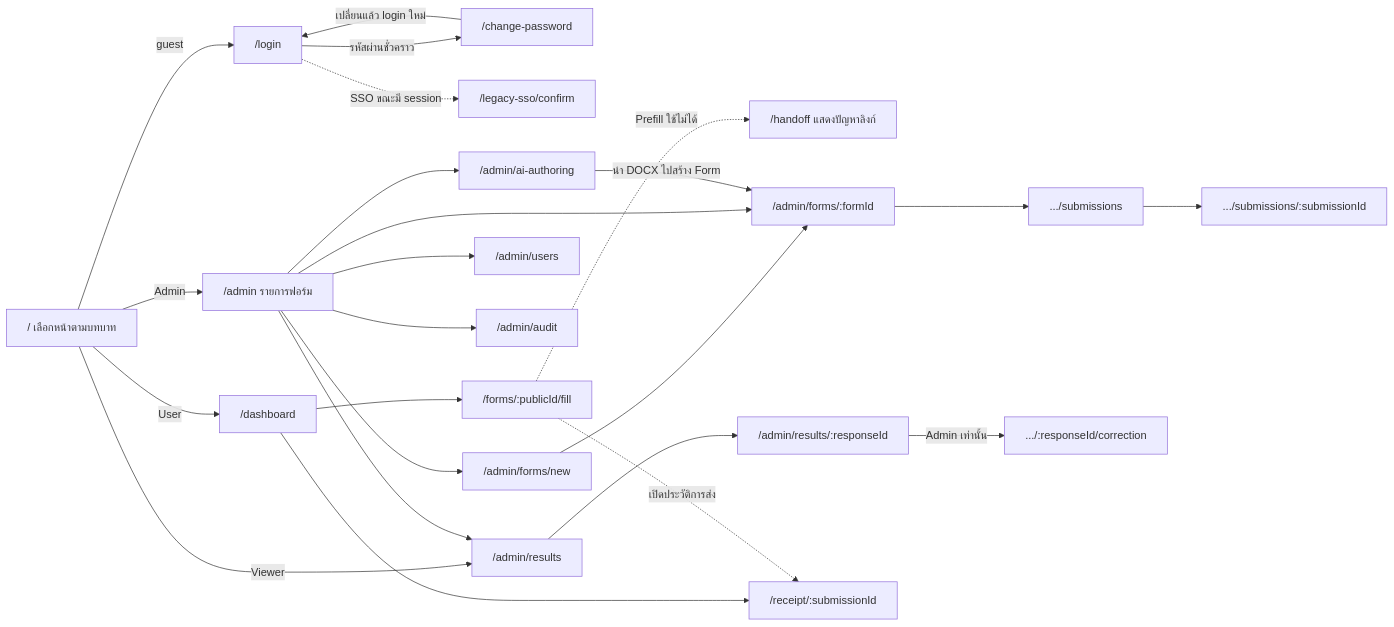
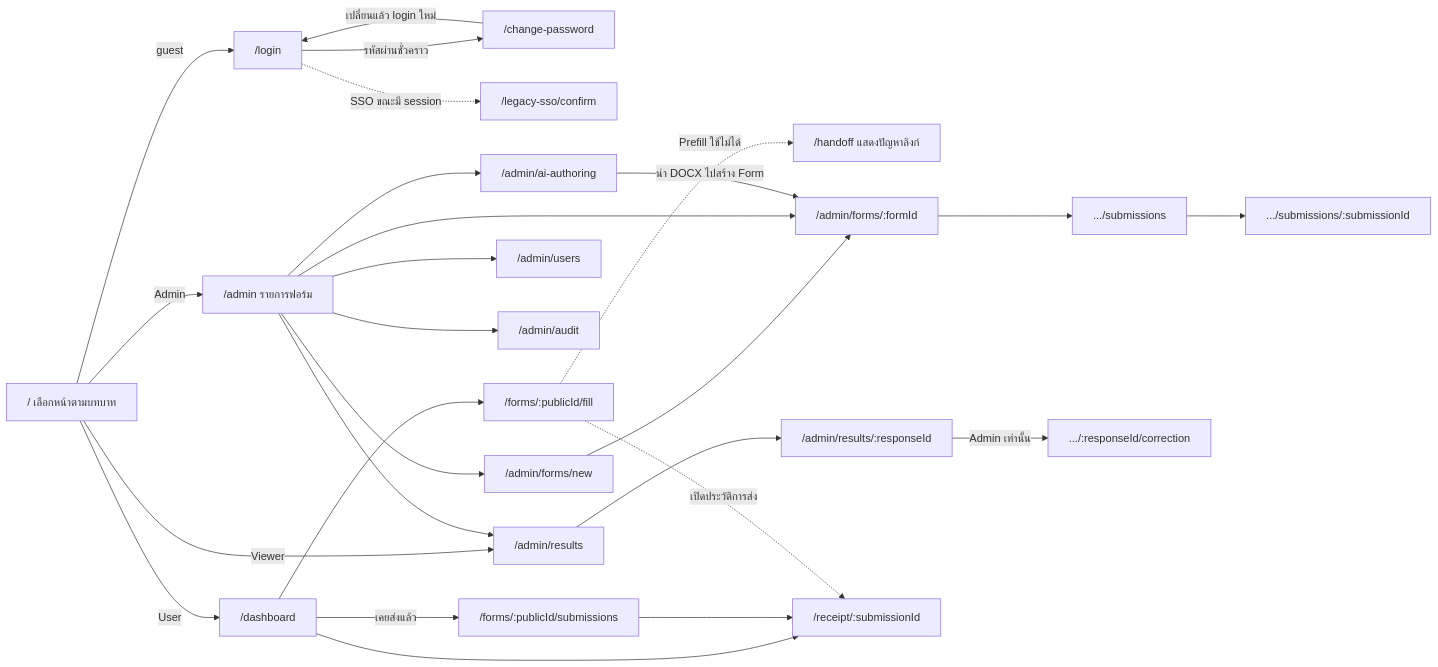
The second of 23 diagrams in .scratch/system-workflow/system-map.md (AquilaStudio2/folio-forms), drawn with Mermaid before and after one commit. The commit also changed other lines of this file and 27 other files, not shown here.

````diff
--- a/.scratch/system-workflow/system-map.md
+++ b/.scratch/system-workflow/system-map.md
@@ -84,40 +88,42 @@
 ```mermaid
 flowchart LR
     root["/ เลือกหน้าตามบทบาท"]
     login["/login"]
     password["/change-password"]
     sso["/legacy-sso/confirm"]
     handoff["/handoff แสดงปัญหาลิงก์"]
     admin["/admin รายการฟอร์ม"]
     newForm["/admin/forms/new"]
     form["/admin/forms/:formId"]
     submissions[".../submissions"]
     submission[".../submissions/:submissionId"]
     results["/admin/results"]
     detail["/admin/results/:responseId"]
     correction[".../:responseId/correction"]
     users["/admin/users"]
     audit["/admin/audit"]
     ai["/admin/ai-authoring"]
     dashboard["/dashboard"]
     fill["/forms/:publicId/fill"]
+    ownHistory["/forms/:publicId/submissions"]
     receipt["/receipt/:submissionId"]
     root -->|"guest"| login
     login -->|"รหัสผ่านชั่วคราว"| password
     password -->|"เปลี่ยนแล้ว login ใหม่"| login
     login -.->|"SSO ขณะมี session"| sso
     root -->|"Admin"| admin
     root -->|"User"| dashboard
     root -->|"Viewer"| results
     admin --> newForm --> form
     admin --> form
     form --> submissions --> submission
     admin --> results --> detail -->|"Admin เท่านั้น"| correction
     admin --> users
     admin --> audit
     admin --> ai -->|"นำ DOCX ไปสร้าง Form"| form
     dashboard --> fill
     dashboard --> receipt
+    dashboard -->|"เคยส่งแล้ว"| ownHistory --> receipt
     fill -.->|"เปิดประวัติการส่ง"| receipt
     fill -.->|"Prefill ใช้ไม่ได้"| handoff
 ```
````
